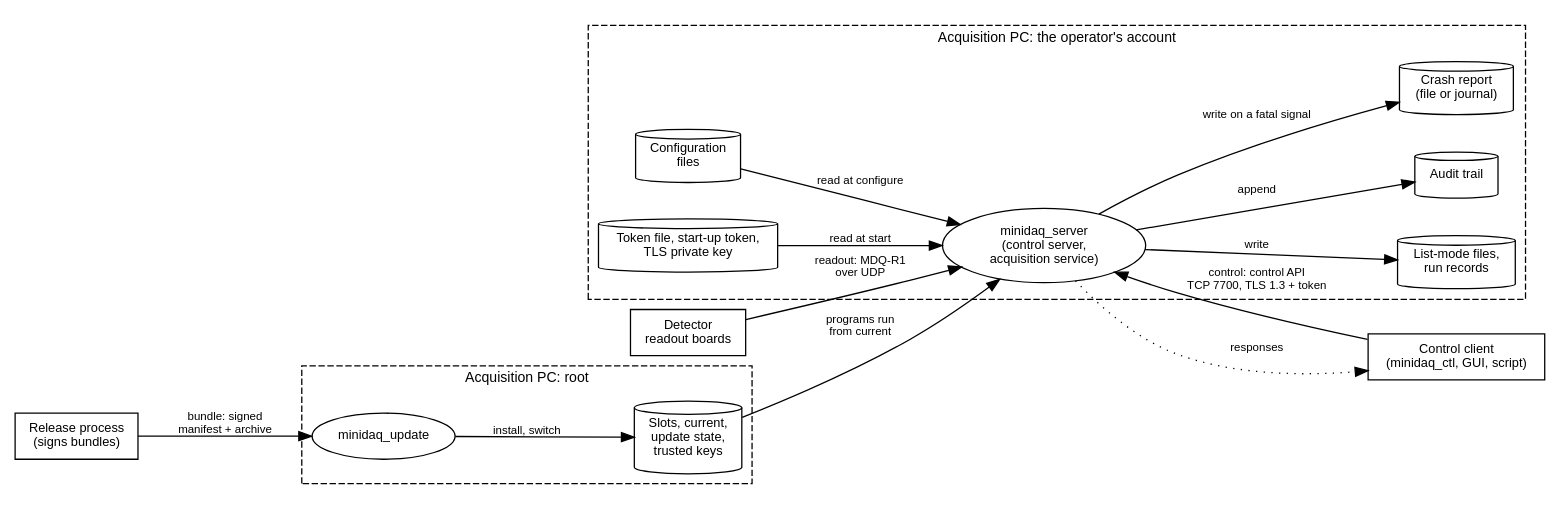
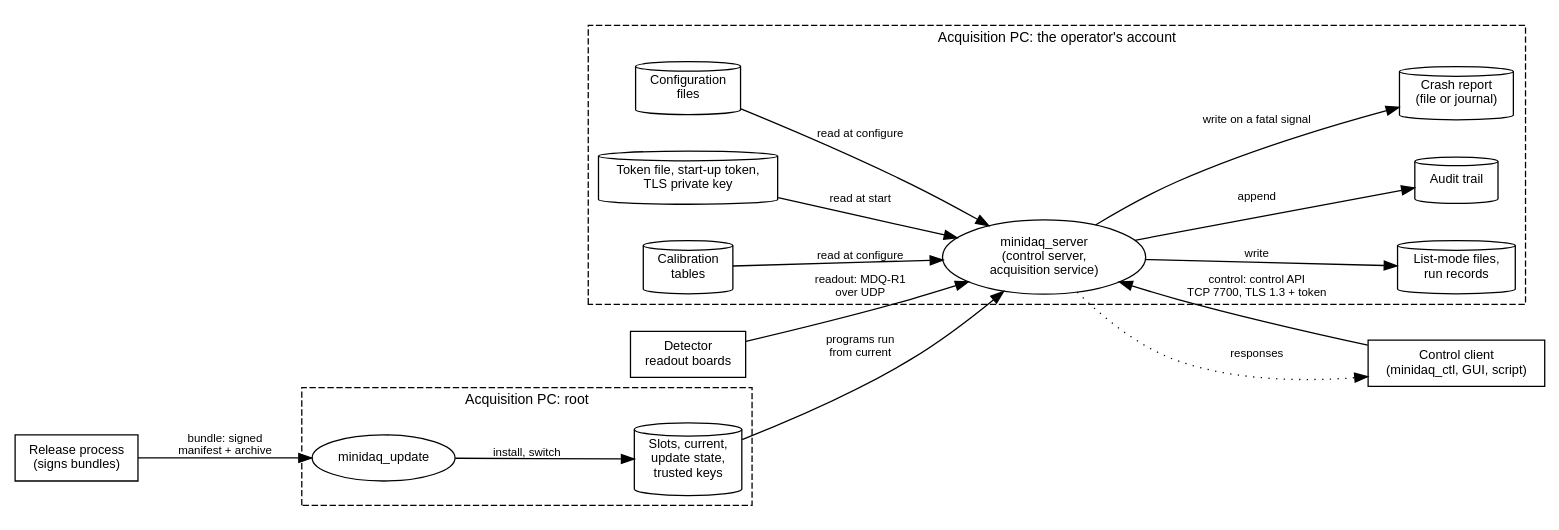
The diagram in docs/regulatory/security/dataflow.dot (OussamaSegh/detector-to-diagnosis), drawn with Graphviz before and after one commit. The commit also changed 11 other files, not shown here.

```diff
--- a/docs/regulatory/security/dataflow.dot
+++ b/docs/regulatory/security/dataflow.dot
@@ -1,44 +1,46 @@
 // SPDX-License-Identifier: MIT
 // MiniDAQ's data flow diagram for the threat model (Chapter 17). The node names are the element
 // ids of threats.json; tools/check_threats.py checks that the two agree. Dashed boxes are trust
 // boundaries. Render: dot -Tsvg dataflow.dot -o dataflow.svg
 digraph minidaq_dataflow {
   graph [rankdir=LR, fontname="Helvetica", fontsize=11, nodesep=0.4, ranksep=0.7];
   node [fontname="Helvetica", fontsize=10];
   edge [fontname="Helvetica", fontsize=9];
 
   client [label="Control client\n(minidaq_ctl, GUI, script)", shape=box];
   detector [label="Detector\nreadout boards", shape=box];
 
   subgraph cluster_pc {
     label="Acquisition PC: the operator's account";
     style=dashed;
     server [label="minidaq_server\n(control server,\nacquisition service)", shape=ellipse];
     config [label="Configuration\nfiles", shape=cylinder];
     tokens [label="Token file, start-up token,\nTLS private key", shape=cylinder];
     listmode [label="List-mode files,\nrun records", shape=cylinder];
     audit [label="Audit trail", shape=cylinder];
     crashreport [label="Crash report\n(file or journal)", shape=cylinder];
+    calibration [label="Calibration\ntables", shape=cylinder];
   }
 
   // Chapter 25: updates. The updater runs as root, outside the slots it writes.
   release [label="Release process\n(signs bundles)", shape=box];
   subgraph cluster_root {
     label="Acquisition PC: root";
     style=dashed;
     updater [label="minidaq_update", shape=ellipse];
     slots [label="Slots, current,\nupdate state,\ntrusted keys", shape=cylinder];
   }
 
   client -> server [label="control: control API\nTCP 7700, TLS 1.3 + token"];
   server -> client [label="responses", style=dotted];
   detector -> server [label="readout: MDQ-R1\nover UDP"];
   config -> server [label="read at configure"];
+  calibration -> server [label="read at configure"];
   tokens -> server [label="read at start"];
   server -> listmode [label="write"];
   server -> audit [label="append"];
   server -> crashreport [label="write on a fatal signal"];
   release -> updater [label="bundle: signed\nmanifest + archive"];
   updater -> slots [label="install, switch"];
   slots -> server [label="programs run\nfrom current"];
 }
```
